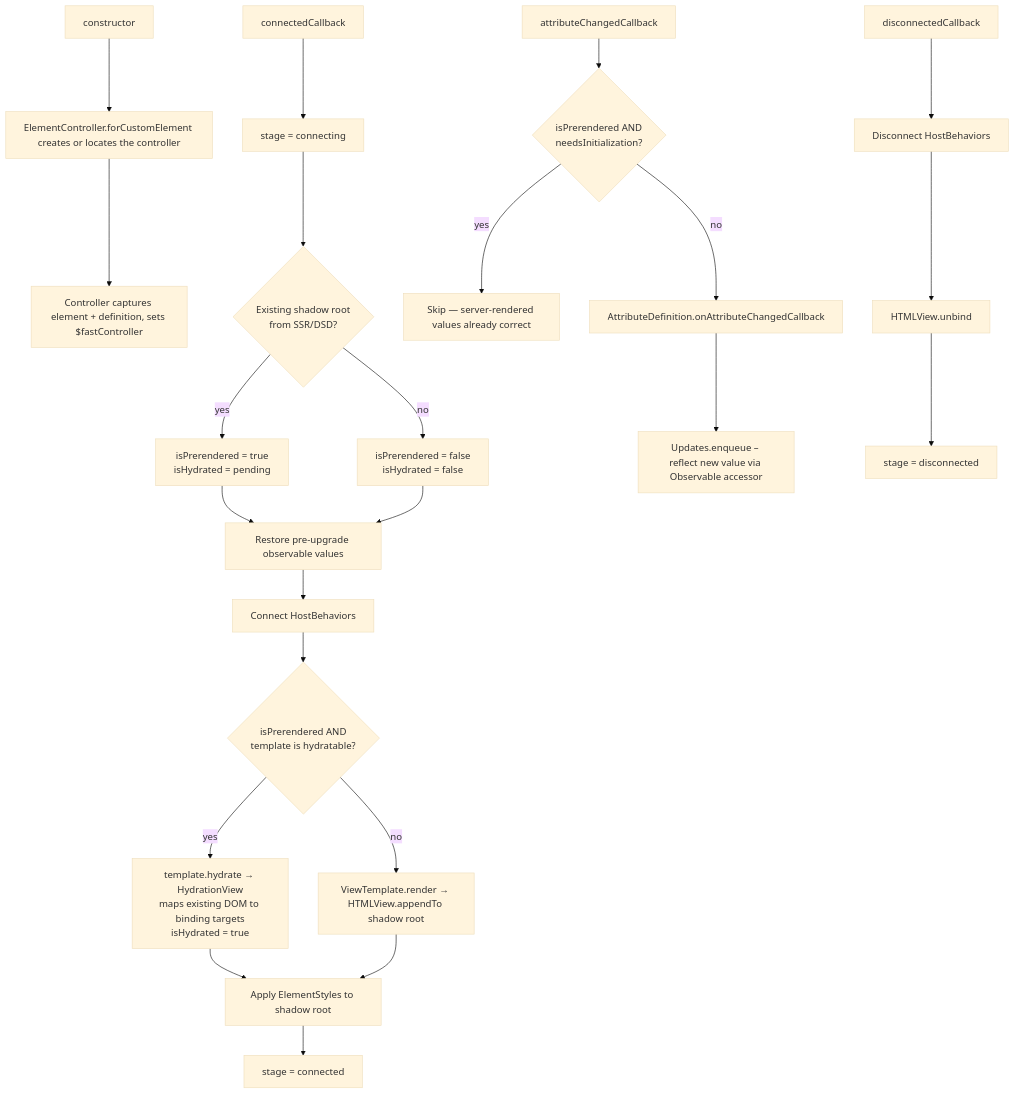
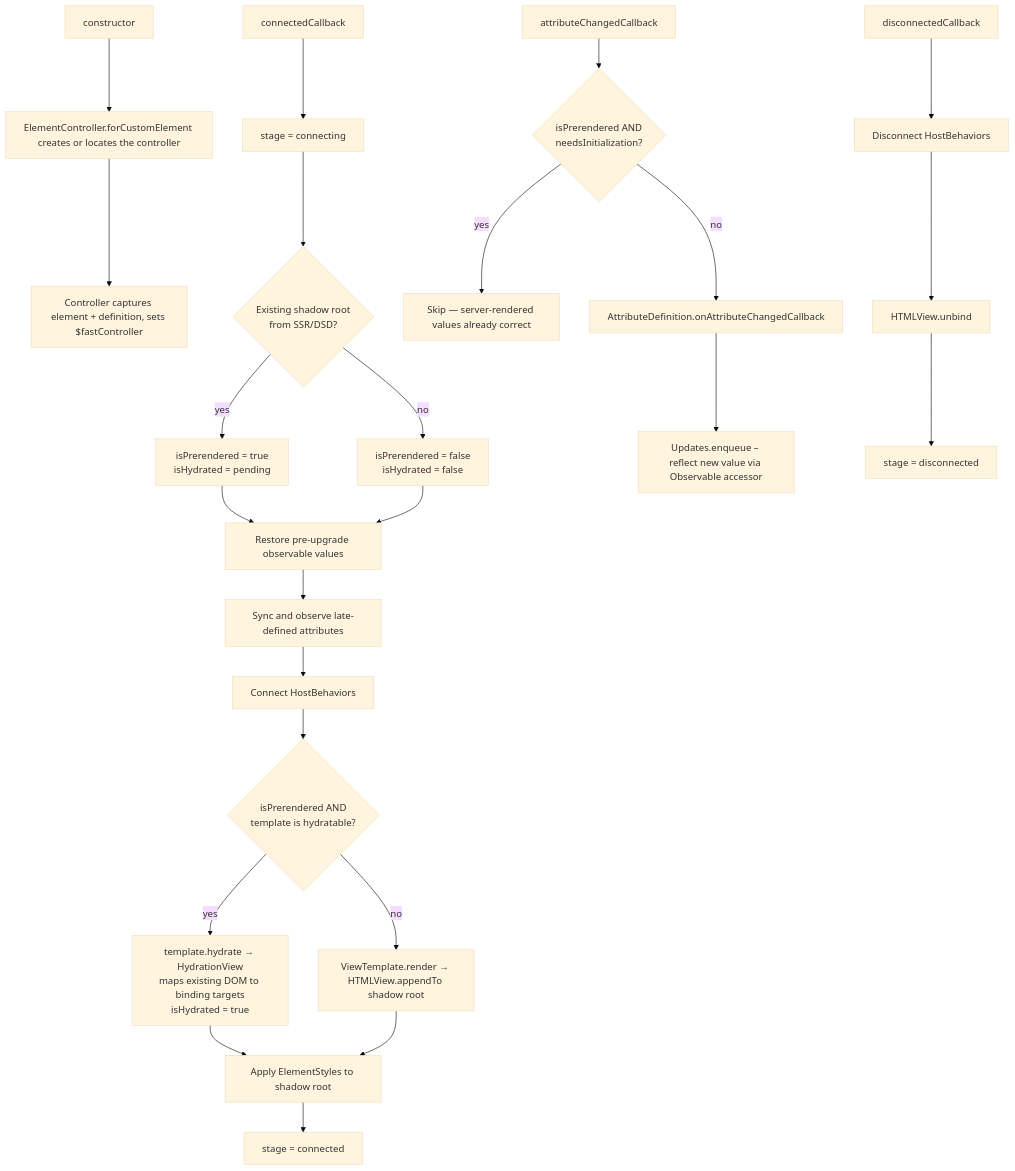
Before and after one commit to microsoft/fast: the second of 4 diagrams in packages/fast-element/DESIGN.md, drawn with Mermaid (base theme). The commit also changed other lines of this file and 6 other files, not shown here.

````diff
--- a/packages/fast-element/DESIGN.md
+++ b/packages/fast-element/DESIGN.md
@@ -422,28 +422,29 @@
 ```mermaid
 flowchart TD
     CTOR[constructor] --> EC[ElementController.forCustomElement creates or locates the controller]
     EC --> ATTACH[Controller captures element + definition, sets $fastController]
 
     CONN[connectedCallback] --> STAGE[stage = connecting]
     STAGE --> PRERENDER{Existing shadow root\nfrom SSR/DSD?}
     PRERENDER -->|yes| SETFLAG[isPrerendered = true\nisHydrated = pending]
     PRERENDER -->|no| NORMAL[isPrerendered = false\nisHydrated = false]
     SETFLAG --> OBS[Restore pre-upgrade observable values]
     NORMAL --> OBS
-    OBS --> BEHAV[Connect HostBehaviors]
+    OBS --> LATEATTR[Sync and observe late-defined attributes]
+    LATEATTR --> BEHAV[Connect HostBehaviors]
     BEHAV --> RENDER{isPrerendered AND\ntemplate is hydratable?}
     RENDER -->|yes| HYDRATE[template.hydrate → HydrationView\nmaps existing DOM to binding targets\nisHydrated = true]
     RENDER -->|no| CLONE[ViewTemplate.render → HTMLView.appendTo shadow root]
     HYDRATE --> STYLES[Apply ElementStyles to shadow root]
     CLONE --> STYLES
     STYLES --> DONE[stage = connected]
 
     ATTR[attributeChangedCallback] --> ATTRGUARD{isPrerendered AND\nneedsInitialization?}
     ATTRGUARD -->|yes| SKIP[Skip — server-rendered values already correct]
     ATTRGUARD -->|no| ACD[AttributeDefinition.onAttributeChangedCallback]
     ACD --> ENQ[Updates.enqueue – reflect new value via Observable accessor]
 
     DISC[disconnectedCallback] --> DBEHAV[Disconnect HostBehaviors]
     DBEHAV --> UNBIND[HTMLView.unbind]
     UNBIND --> DSTAGE[stage = disconnected]
 ```
````
